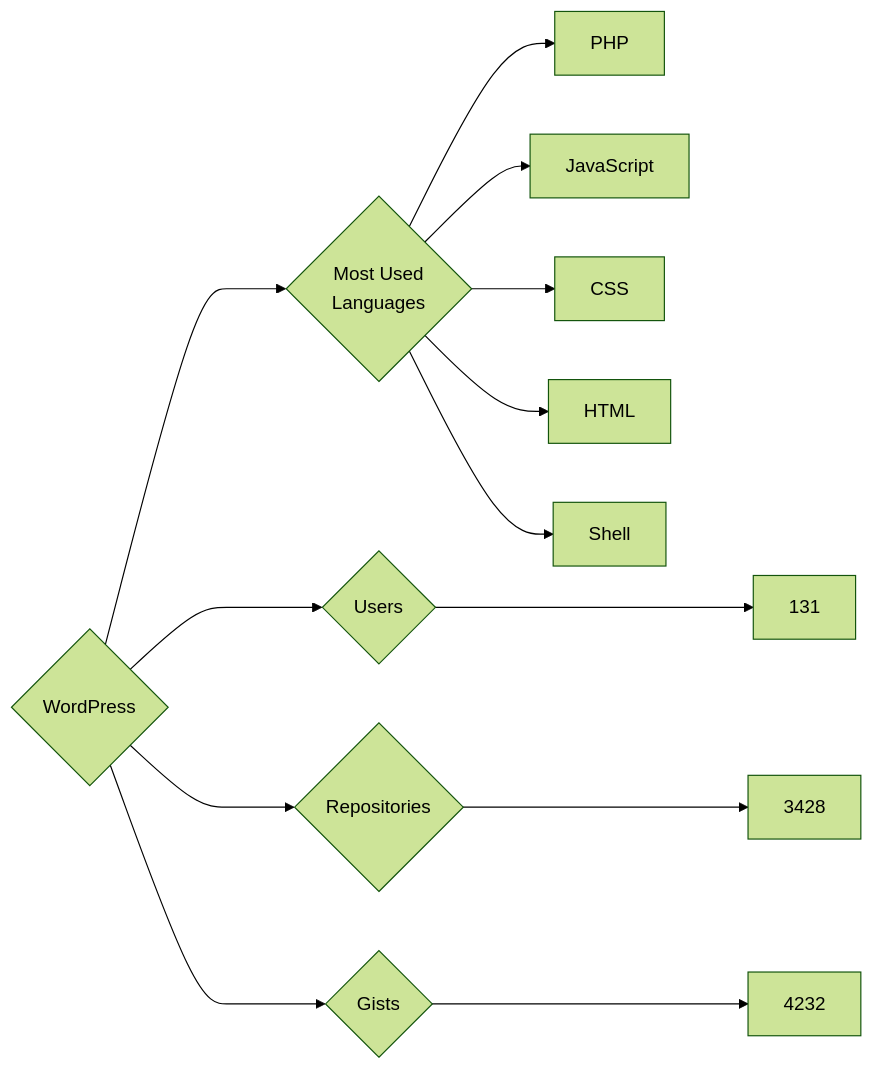
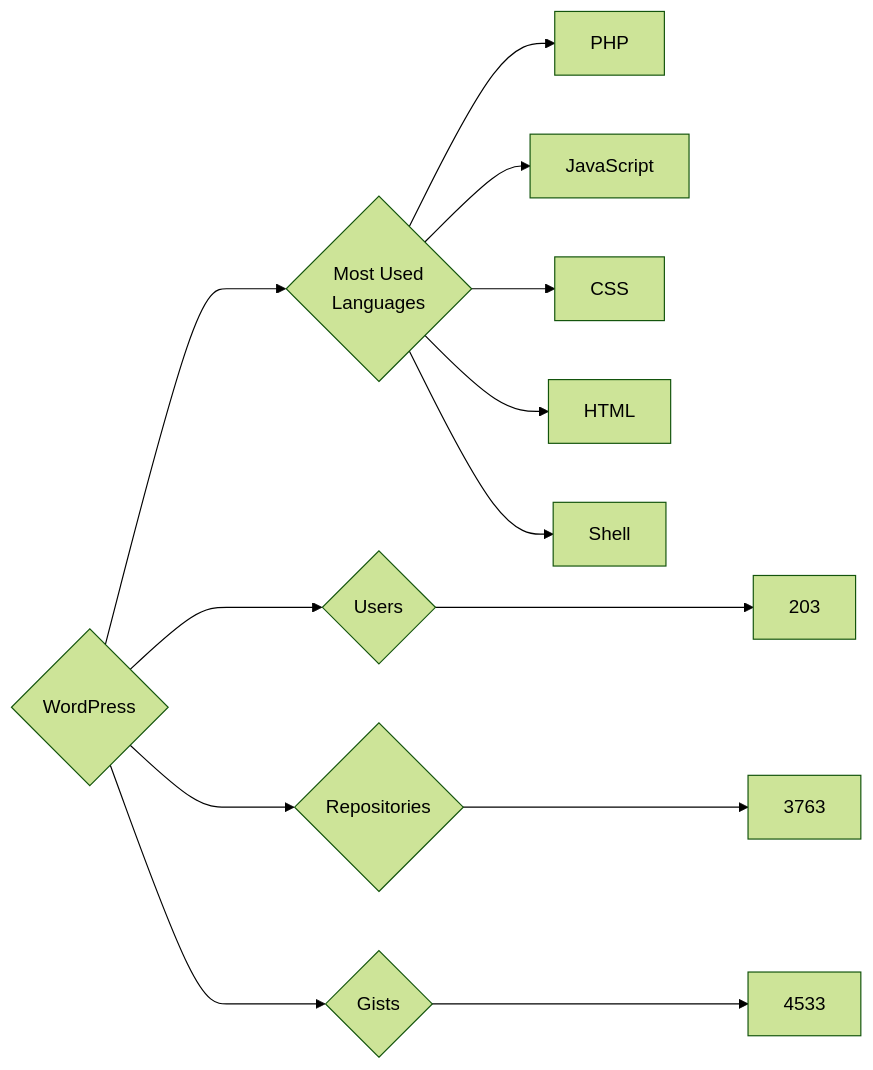
Before and after one commit to trickest/insiders: the diagram in targets/WordPress/README.md, drawn with Mermaid (forest theme). The commit also changed 1011 other files, not shown here.

````diff
--- a/targets/WordPress/README.md
+++ b/targets/WordPress/README.md
@@ -3,13 +3,13 @@
 ```mermaid
 graph LR
 COMPANY_NAME{WordPress}
-COMPANY_NAME ---> U{Users} ---> UN[131]
-COMPANY_NAME ---> R{Repositories} ---> RN[3428]
-COMPANY_NAME ---> G{Gists} ---> GN[4232]
+COMPANY_NAME ---> U{Users} ---> UN[203]
+COMPANY_NAME ---> R{Repositories} ---> RN[3763]
+COMPANY_NAME ---> G{Gists} ---> GN[4533]
 COMPANY_NAME ---> ML{Most Used<br>Languages}
 ML --> PHP[PHP]
 ML --> JavaScript[JavaScript]
 ML --> CSS[CSS]
 ML --> HTML[HTML]
 ML --> Shell[Shell]
 ```
````
